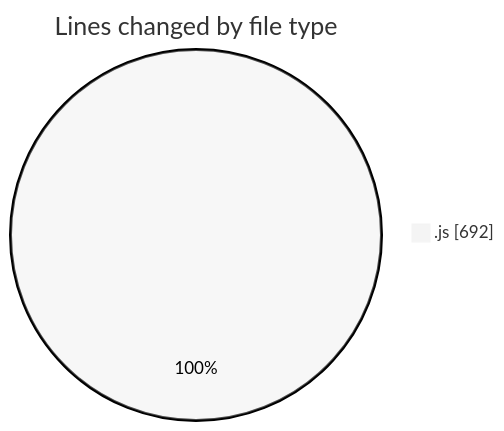
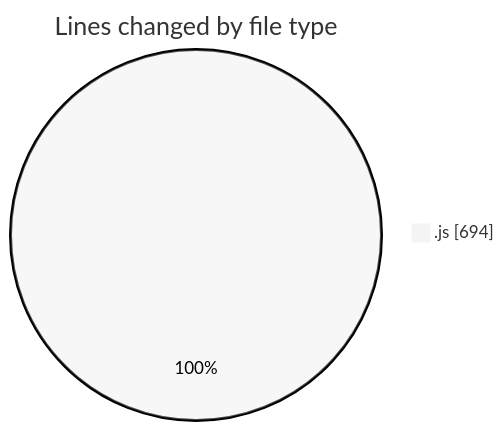
One commit to BS-eng2023/code-tracking changed the first of 2 diagrams in 2025-04-03/jsvms/README.md. Above: the diagram before and after it, drawn with Mermaid (neutral theme). The commit also changed other lines of this file and 1 other file, not shown here.

````diff
--- a/2025-04-03/jsvms/README.md
+++ b/2025-04-03/jsvms/README.md
@@ -25,5 +25,5 @@
 ```mermaid
 pie showData
 title Lines changed by file type
-".js" : 692
+".js" : 694
 ```
````
